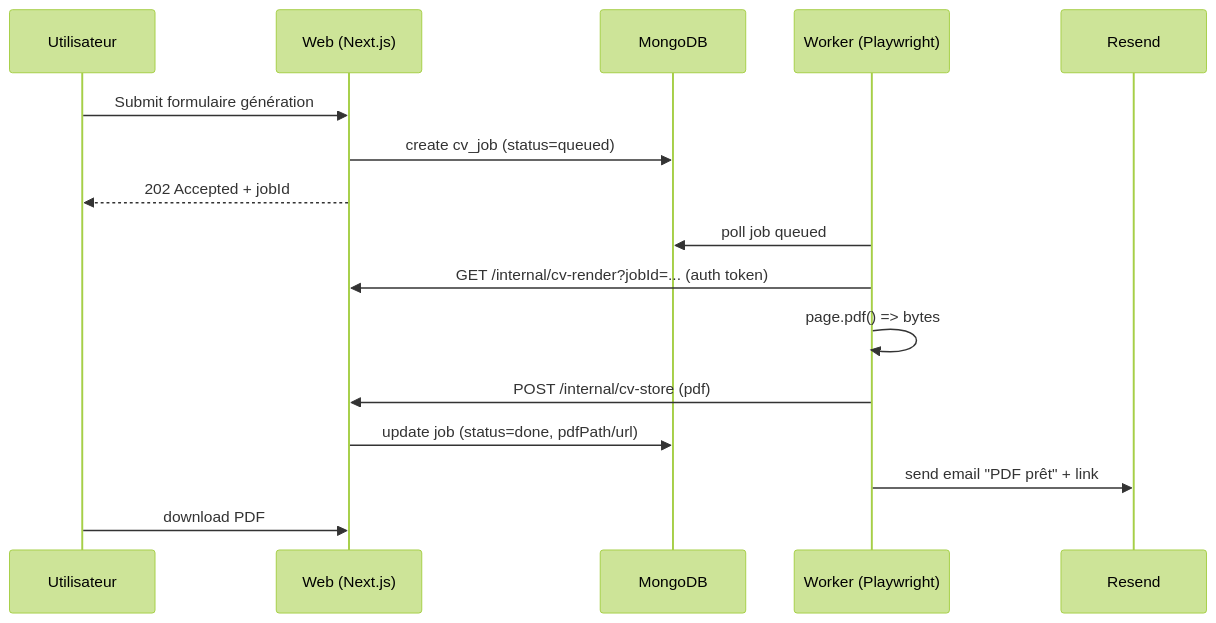
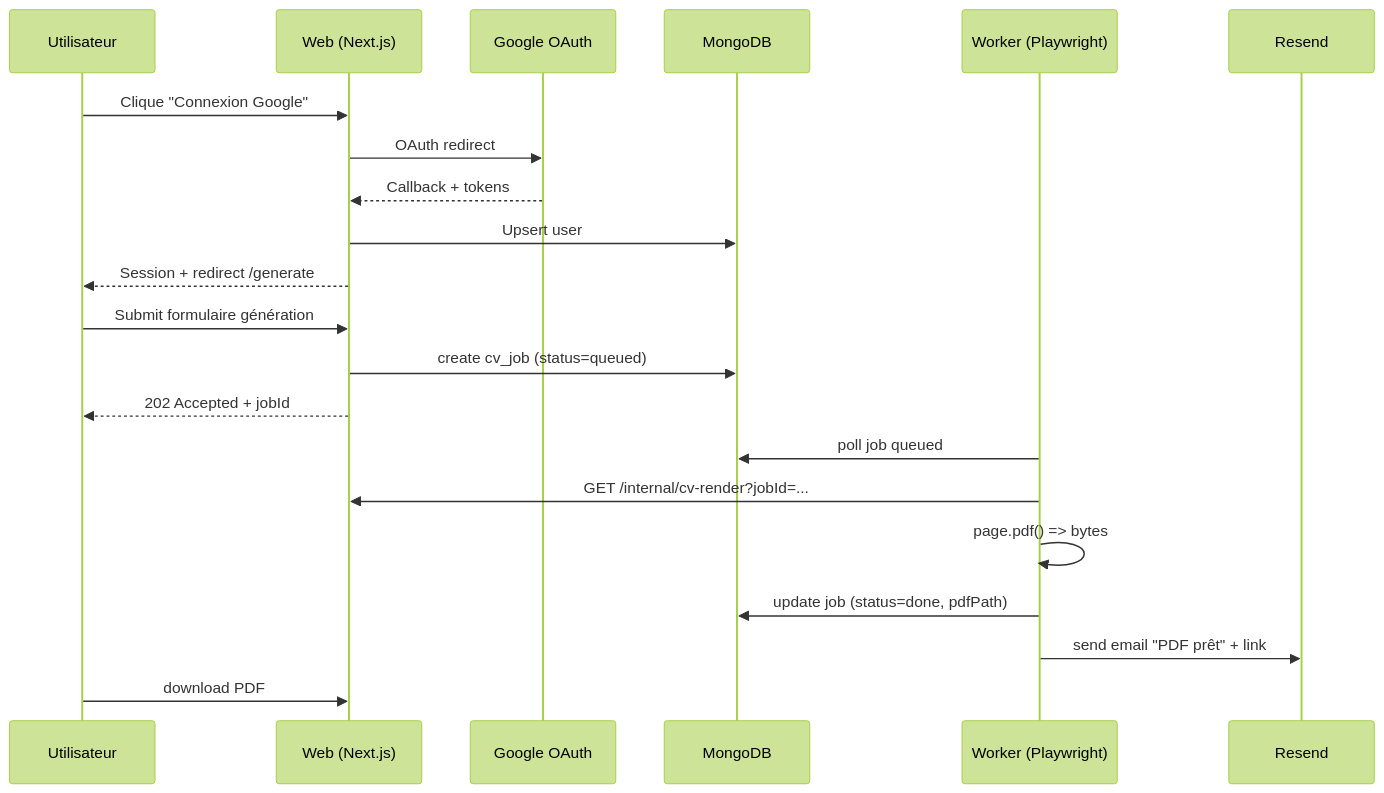
One commit to cv-pro-org/cv-pro-specifications changed the diagram in 01-architecture/stack-technique.md. Above: the diagram before and after it, drawn with Mermaid (forest theme). The commit also changed other lines of this file and 14 other files, not shown here.

Commit message:
Switch auth to Google OAuth first (Magic Link → v2)

````diff
--- a/01-architecture/stack-technique.md
+++ b/01-architecture/stack-technique.md
@@ -37,19 +46,24 @@
 ```mermaid
 sequenceDiagram
   participant U as Utilisateur
   participant W as Web (Next.js)
+  participant G as Google OAuth
   participant DB as MongoDB
   participant Q as Worker (Playwright)
   participant E as Resend
 
+  U->>W: Clique "Connexion Google"
+  W->>G: OAuth redirect
+  G-->>W: Callback + tokens
+  W->>DB: Upsert user
+  W-->>U: Session + redirect /generate
   U->>W: Submit formulaire génération
   W->>DB: create cv_job (status=queued)
   W-->>U: 202 Accepted + jobId
   Q->>DB: poll job queued
-  Q->>W: GET /internal/cv-render?jobId=... (auth token)
+  Q->>W: GET /internal/cv-render?jobId=...
   Q->>Q: page.pdf() => bytes
-  Q->>W: POST /internal/cv-store (pdf)
-  W->>DB: update job (status=done, pdfPath/url)
+  Q->>DB: update job (status=done, pdfPath)
   Q->>E: send email "PDF prêt" + link
   U->>W: download PDF
 ```
````
